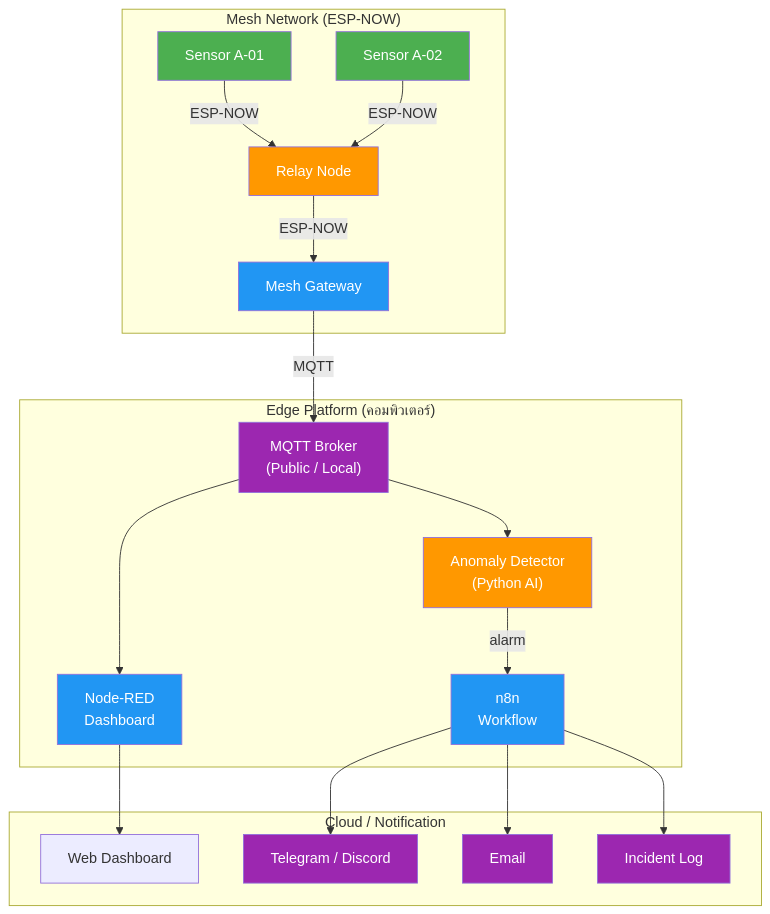
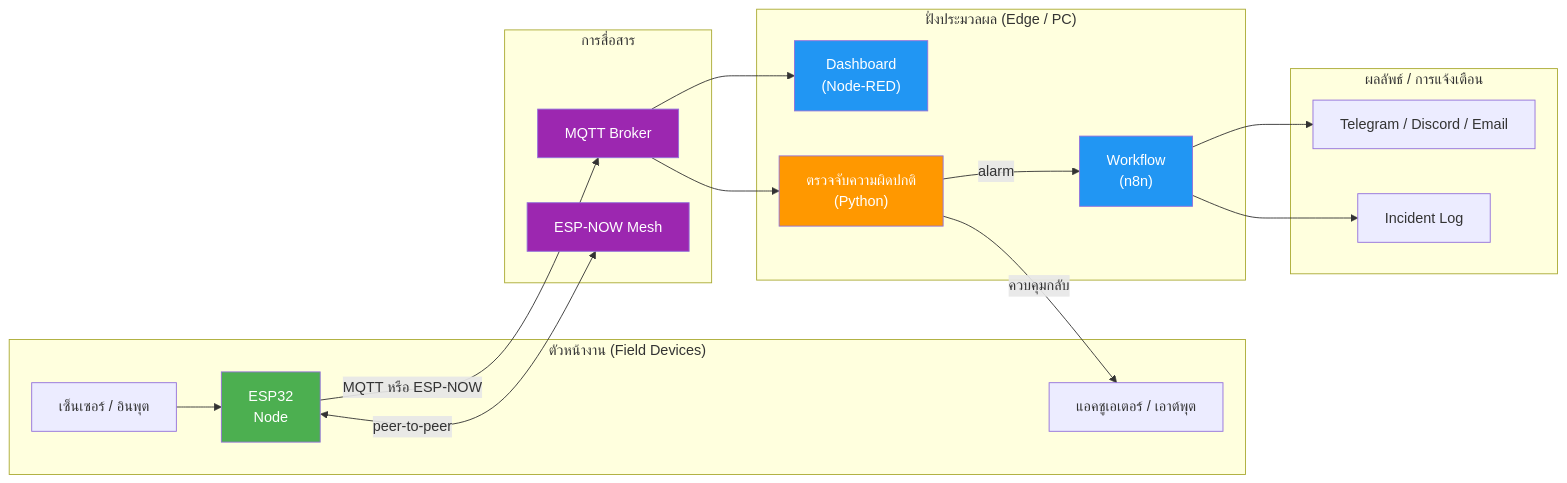
Before and after one commit to pruks-dev/embedded-telecom: the diagram in docs/ใบงานการทดลองที่ 8.md, drawn with Mermaid. The commit also changed other lines of this file and 1 other file, not shown here.

````diff
--- a/docs/ใบงานการทดลองที่ 8.md
+++ b/docs/ใบงานการทดลองที่ 8.md
@@ -40,43 +45,36 @@
 ```mermaid
-graph TB
-    subgraph MESH["Mesh Network (ESP-NOW)"]
-        S1["Sensor A-01"]
-        S2["Sensor A-02"]
-        R["Relay Node"]
-        GW["Mesh Gateway"]
+graph LR
+    subgraph FIELD["ตัวหน้างาน (Field Devices)"]
+        SENSOR["เซ็นเซอร์ / อินพุต"]
+        ESP["ESP32<br/>Node"]
+        ACT["แอคชูเอเตอร์ / เอาต์พุต"]
     end
-    subgraph EDGE["Edge Platform (คอมพิวเตอร์)"]
-        BROKER["MQTT Broker<br/>(Public / Local)"]
-        RED["Node-RED<br/>Dashboard"]
-        AI["Anomaly Detector<br/>(Python AI)"]
-        AUTO["n8n<br/>Workflow"]
+    subgraph NET["การสื่อสาร"]
+        MQTT["MQTT Broker"]
+        MESH["ESP-NOW Mesh"]
     end
-    subgraph CLOUD["Cloud / Notification"]
-        DASH["Web Dashboard"]
-        LINE["Telegram / Discord"]
-        EMAIL["Email"]
-        INCIDENT["Incident Log"]
+    subgraph EDGE["ฝั่งประมวลผล (Edge / PC)"]
+        DASH["Dashboard<br/>(Node-RED)"]
+        AI["ตรวจจับความผิดปกติ<br/>(Python)"]
+        WF["Workflow<br/>(n8n)"]
     end
-    S1 -->|"ESP-NOW"| R
-    S2 -->|"ESP-NOW"| R
-    R -->|"ESP-NOW"| GW
-    GW -->|"MQTT"| BROKER
-    BROKER --> RED
-    BROKER --> AI
-    AI -->|"alarm"| AUTO
-    AUTO --> LINE
-    AUTO --> EMAIL
-    AUTO --> INCIDENT
-    RED --> DASH
-    style S1 fill:#4CAF50,color:#fff
-    style S2 fill:#4CAF50,color:#fff
-    style R fill:#FF9800,color:#fff
-    style GW fill:#2196F3,color:#fff
-    style BROKER fill:#9C27B0,color:#fff
-    style RED fill:#2196F3,color:#fff
+    subgraph OUT["ผลลัพธ์ / การแจ้งเตือน"]
+        NOTIFY["Telegram / Discord / Email"]
+        LOG["Incident Log"]
+    end
+    SENSOR --> ESP
+    ESP -->|"MQTT หรือ ESP-NOW"| MQTT
+    ESP <-->|"peer-to-peer"| MESH
+    MQTT --> DASH
+    MQTT --> AI
+    AI -->|"alarm"| WF
+    AI -->|"ควบคุมกลับ"| ACT
+    WF --> NOTIFY
+    WF --> LOG
+    style ESP fill:#4CAF50,color:#fff
+    style MQTT fill:#9C27B0,color:#fff
+    style MESH fill:#9C27B0,color:#fff
+    style DASH fill:#2196F3,color:#fff
     style AI fill:#FF9800,color:#fff
-    style AUTO fill:#2196F3,color:#fff
-    style LINE fill:#9C27B0,color:#fff
-    style EMAIL fill:#9C27B0,color:#fff
-    style INCIDENT fill:#9C27B0,color:#fff
+    style WF fill:#2196F3,color:#fff
 ```
````
